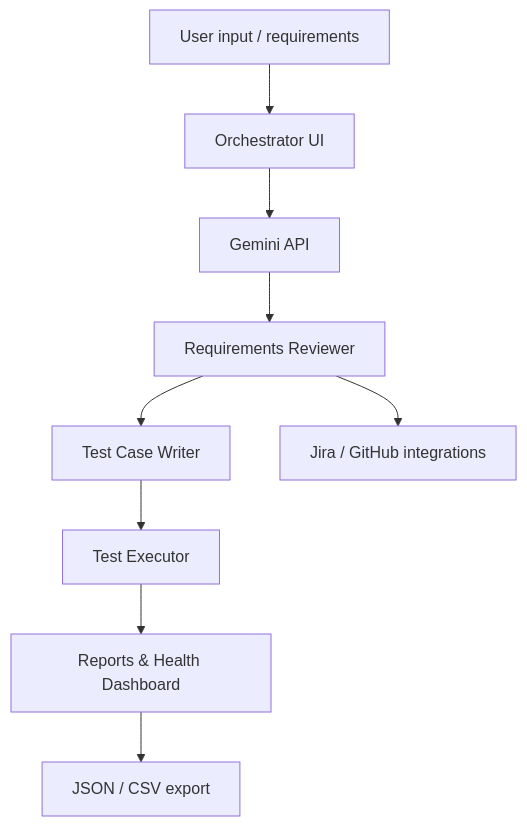
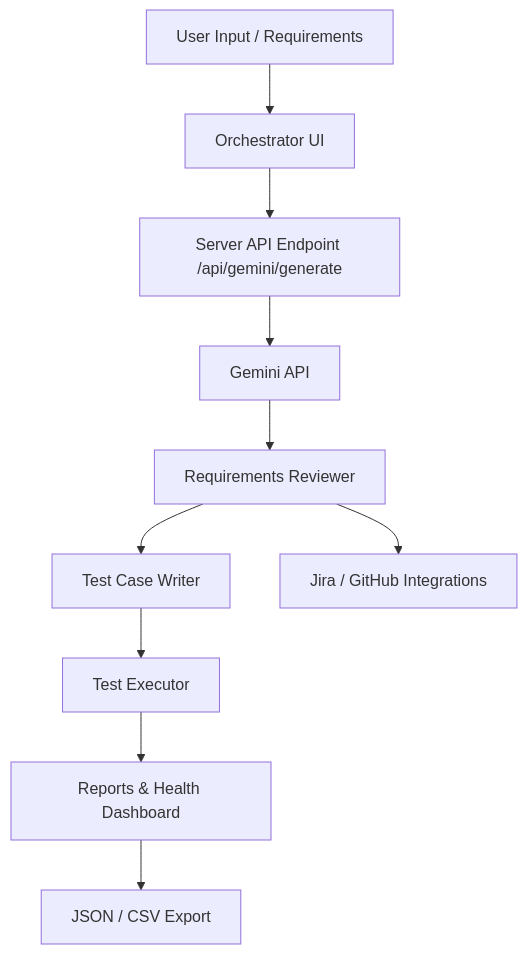
Before and after one commit to darshil0/qa-nexus-autonomous: the diagram in README.md, drawn with Mermaid. The commit also changed other lines of this file and 29 other files, not shown here.

First line of the commit message:
Security hardening, Gemini server API proxy, RLS migrations, and CI checks

````diff
--- a/README.md
+++ b/README.md
@@ -62,11 +63,12 @@
 ```mermaid
 flowchart TD
-    A[User input / requirements] --> B[Orchestrator UI]
-    B --> C[Gemini API]
-    C --> D[Requirements Reviewer]
-    D --> E[Test Case Writer]
-    E --> F[Test Executor]
-    F --> G[Reports & Health Dashboard]
-    D --> H[Jira / GitHub integrations]
-    G --> I[JSON / CSV export]
+    A[User Input / Requirements] --> B[Orchestrator UI]
+    B --> C[Server API Endpoint /api/gemini/generate]
+    C --> D[Gemini API]
+    D --> E[Requirements Reviewer]
+    E --> F[Test Case Writer]
+    F --> G[Test Executor]
+    G --> H[Reports & Health Dashboard]
+    E --> I[Jira / GitHub Integrations]
+    H --> J[JSON / CSV Export]
 ```
````
